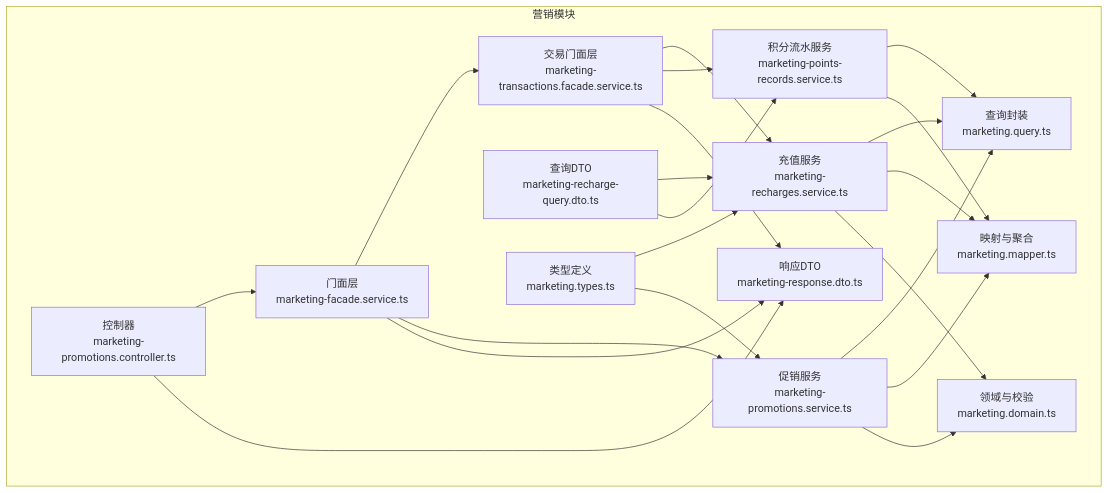
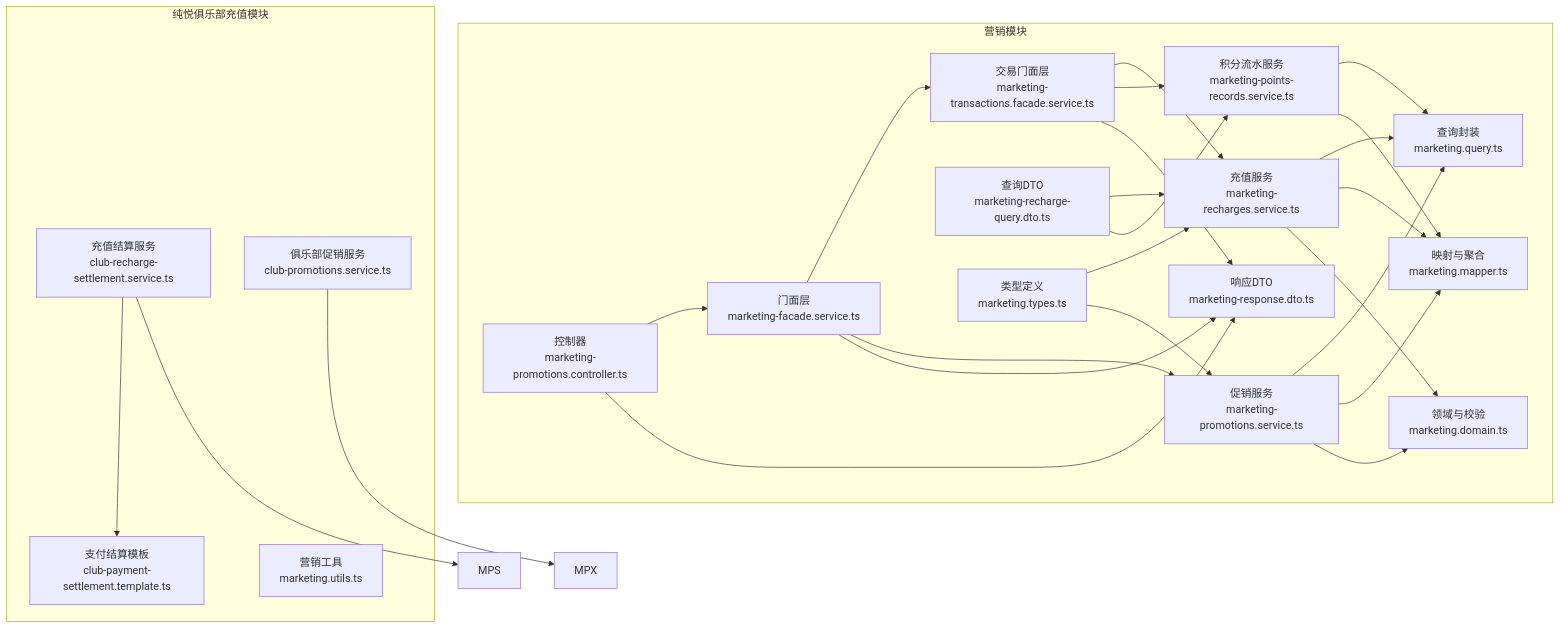
One commit to rc558620/purelyprofit-server changed the first of 5 diagrams in .qoder/repowiki/zh/content/业务模块/营销推广模块/充值管理.md. Above: the diagram before and after it, drawn with Mermaid. The commit also changed other lines of this file and 18 other files, not shown here.

````diff
--- a/.qoder/repowiki/zh/content/业务模块/营销推广模块/充值管理.md
+++ b/.qoder/repowiki/zh/content/业务模块/营销推广模块/充值管理.md
@@ -39,37 +53,46 @@
 ```mermaid
 graph TB
 subgraph "营销模块"
 C1["控制器<br/>marketing-promotions.controller.ts"]
 F1["门面层<br/>marketing-facade.service.ts"]
 TF["交易门面层<br/>marketing-transactions.facade.service.ts"]
 S1["充值服务<br/>marketing-recharges.service.ts"]
 PS["促销服务<br/>marketing-promotions.service.ts"]
 PRS["积分流水服务<br/>marketing-points-records.service.ts"]
 Q["查询封装<br/>marketing.query.ts"]
 M["映射与聚合<br/>marketing.mapper.ts"]
 D["领域与校验<br/>marketing.domain.ts"]
 T["类型定义<br/>marketing.types.ts"]
 DTO["响应DTO<br/>marketing-response.dto.ts"]
 QD["查询DTO<br/>marketing-recharge-query.dto.ts"]
+end
+subgraph "纯悦俱乐部充值模块"
+CRS["充值结算服务<br/>club-recharge-settlement.service.ts"]
+CPT["支付结算模板<br/>club-payment-settlement.template.ts"]
+MPU["营销工具<br/>marketing.utils.ts"]
+CPS["俱乐部促销服务<br/>club-promotions.service.ts"]
 end
 C1 --> F1
 F1 --> TF
 TF --> S1
 TF --> PRS
 F1 --> PS
 S1 --> Q
 PS --> Q
 PRS --> Q
 S1 --> M
 PS --> M
 PRS --> M
 S1 --> D
 PS --> D
 F1 --> DTO
 TF --> DTO
 C1 --> DTO
 QD --> S1
 QD --> PRS
 T --> S1
 T --> PS
+CRS --> CPT
+CRS --> MPS
+CPS --> MPX
 ```
````
